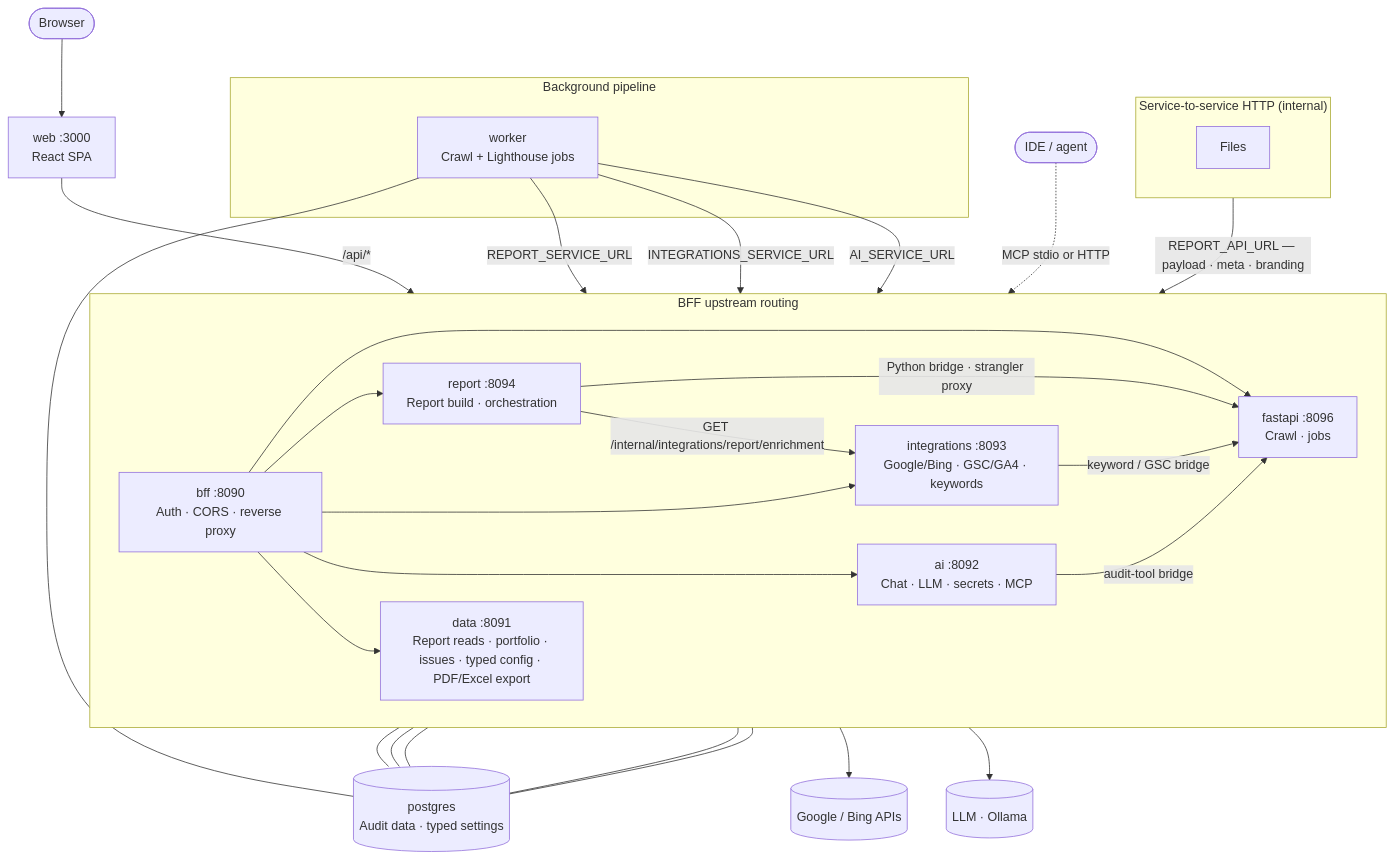
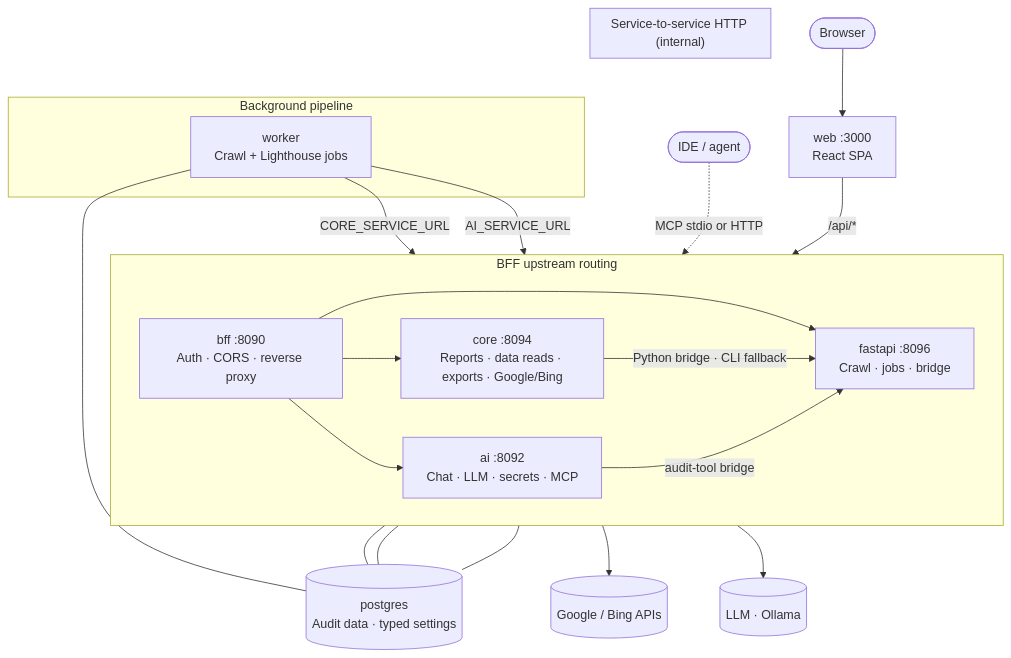
Before and after one commit to codefrydev/WebsiteProfiling: the diagram in README.md, drawn with Mermaid. The commit also changed other lines of this file and 1168 other files, not shown here.

````diff
--- a/README.md
+++ b/README.md
@@ -145,43 +145,35 @@
 ```mermaid
 flowchart TB
     Browser([Browser]) --> Web["web :3000<br/>React SPA"]
     Web -->|"/api/*"| BFF["bff :8090<br/>Auth · CORS · reverse proxy"]
 
     subgraph BffRoutes["BFF upstream routing"]
         direction LR
-        BFF --> FastAPI["fastapi :8096<br/>Crawl · jobs"]
-        BFF --> Report["report :8094<br/>Report build · orchestration"]
-        BFF --> Integrations["integrations :8093<br/>Google/Bing · GSC/GA4 · keywords"]
+        BFF --> FastAPI["fastapi :8096<br/>Crawl · jobs · bridge"]
+        BFF --> Core["core :8094<br/>Reports · data reads · exports · Google/Bing"]
         BFF --> Ai["ai :8092<br/>Chat · LLM · secrets · MCP"]
-        BFF --> Data["data :8091<br/>Report reads · portfolio · issues · typed config · PDF/Excel export"]
     end
 
     subgraph Pipeline["Background pipeline"]
         Worker["worker<br/>Crawl + Lighthouse jobs"]
-        Worker -->|"REPORT_SERVICE_URL"| Report
-        Worker -->|"INTEGRATIONS_SERVICE_URL"| Integrations
+        Worker -->|"CORE_SERVICE_URL"| Core
         Worker -->|"AI_SERVICE_URL"| Ai
     end
 
     subgraph Internal["Service-to-service HTTP (internal)"]
         direction TB
-        Report -->|"Python bridge · strangler proxy"| FastAPI
-        Report -->|"GET /internal/integrations/report/enrichment"| Integrations
-        Integrations -->|"keyword / GSC bridge"| FastAPI
+        Core -->|"Python bridge · CLI fallback"| FastAPI
         Ai -->|"audit-tool bridge"| FastAPI
-        Files -->|"REPORT_API_URL — payload · meta · branding"| FastAPI
     end
 
     Postgres[("postgres<br/>Audit data · typed settings")]
 
     FastAPI --- Postgres
     Worker --- Postgres
-    Report --- Postgres
-    Integrations --- Postgres
+    Core --- Postgres
     Ai --- Postgres
-    Data --- Postgres
 
-    Integrations --> Google[(Google / Bing APIs)]
+    Core --> Google[(Google / Bing APIs)]
     Ai --> LLM[(LLM · Ollama)]
     MCP([IDE / agent]) -.->|"MCP stdio or HTTP"| Ai
 ```
````
